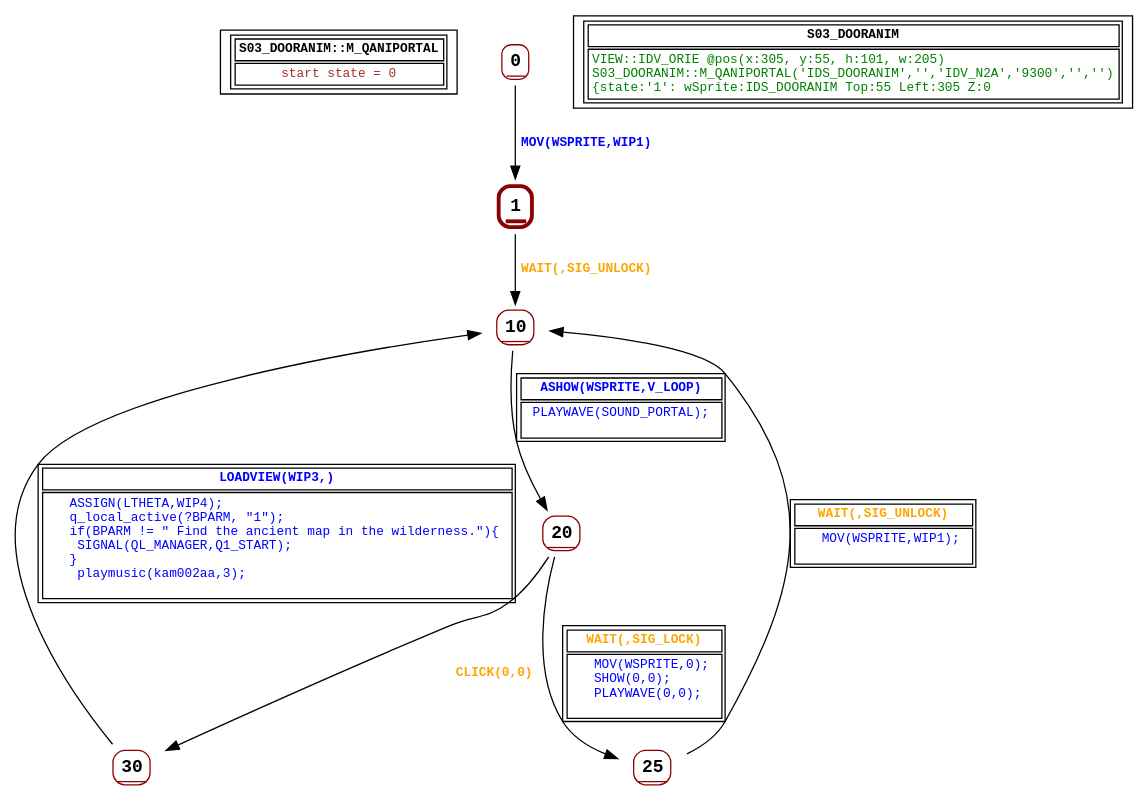
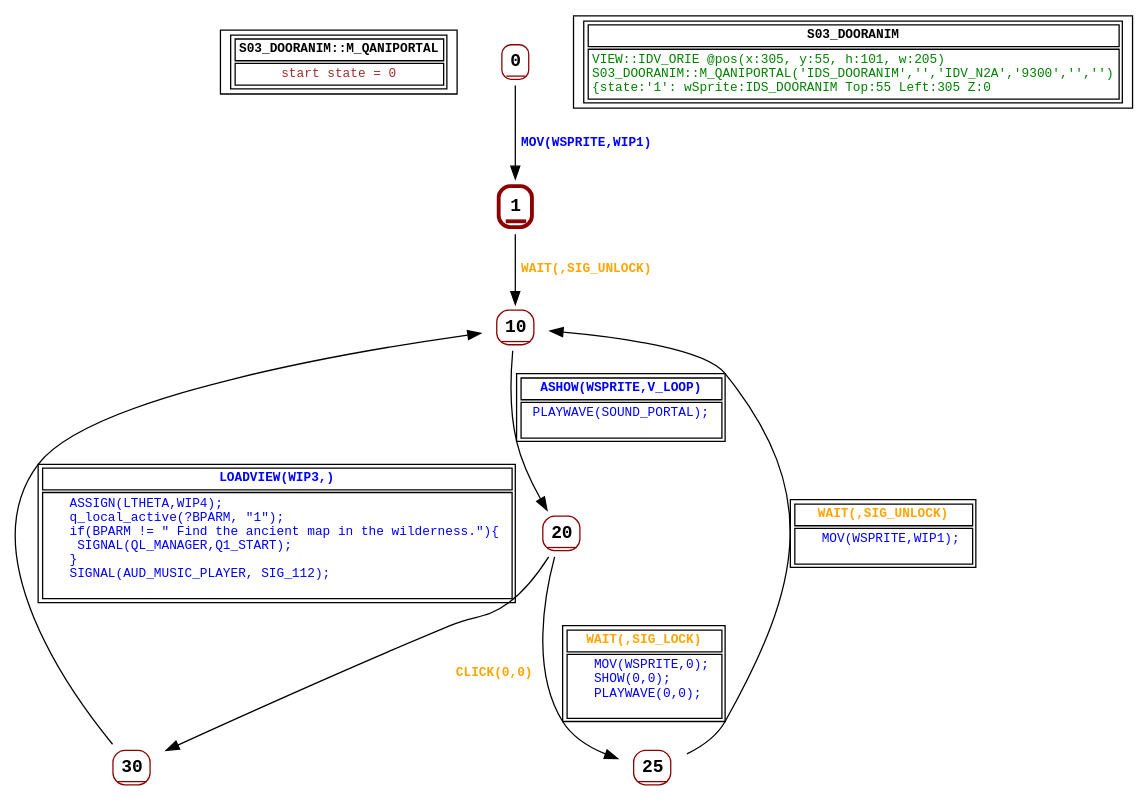
Before and after one commit to guy-stewart/AzariaCD: the diagram in graphs/S03_DOORANIM.dot, drawn with Graphviz. The commit also changed 32 other files, not shown here.

```diff
--- a/graphs/S03_DOORANIM.dot
+++ b/graphs/S03_DOORANIM.dot
@@ -1,43 +1,43 @@
 digraph Automaton {
  fontname="Courier New"
 	node [shape=oval, fontname="Courier New"];
 	filename[shape = record, fontsize=10, label=< <table border="1"><tr><td><b>S03_DOORANIM::M_QANIPORTAL<br align="left"/></b></td></tr>
 <tr><td><font point-size="10" color ="brown">start state = 0<br align="left"/></font></td></tr></table>>
 ];
 	0[shape = none, fontsize=14, label=< <table border="1" color="darkred" style="rounded"><tr><td sides="b"><b>0<br align="left"/></b></td></tr>
 </table>>];
 "0" -> "1" [fontcolor=blue,fontsize=10,fontname="Courier New", label=< <table border="0"><tr><td><b>MOV(WSPRITE,WIP1)<br align="left"/></b></td></tr>
 </table>>
 ];
 	1[shape = none, fontsize=14, label=< <table border="3" color="darkred" style="rounded"><tr><td sides="b"><b>1<br align="left"/></b></td></tr>
 </table>>];
 "1" -> "10" [fontcolor=orange,fontsize=10,fontname="Courier New", label=< <table border="0"><tr><td><b>WAIT(,SIG_UNLOCK)<br align="left"/></b></td></tr>
 </table>>
 ];
 	10[shape = none, fontsize=14, label=< <table border="1" color="darkred" style="rounded"><tr><td sides="b"><b>10<br align="left"/></b></td></tr>
 </table>>];
 "10" -> "20" [fontcolor=blue,fontsize=10,fontname="Courier New", label=< <table border="1"><tr><td><b>ASHOW(WSPRITE,V_LOOP)<br align="left"/></b></td></tr>
 <tr><td><font point-size="10" color ="blue">  PLAYWAVE(SOUND_PORTAL);<br align="left"/> <br align="left"/></font></td></tr></table>>
 ];
 	20[shape = none, fontsize=14, label=< <table border="1" color="darkred" style="rounded"><tr><td sides="b"><b>20<br align="left"/></b></td></tr>
 </table>>];
 "20" -> "30" [fontcolor=orange,fontsize=10,fontname="Courier New", label=< <table border="0"><tr><td><b>CLICK(0,0)<br align="left"/></b></td></tr>
 </table>>
 ];
 "20" -> "25" [fontcolor=orange,fontsize=10,fontname="Courier New", label=< <table border="1"><tr><td><b>WAIT(,SIG_LOCK)<br align="left"/></b></td></tr>
 <tr><td><font point-size="10" color ="blue">    MOV(WSPRITE,0);<br align="left"/>    SHOW(0,0);<br align="left"/>    PLAYWAVE(0,0);<br align="left"/> <br align="left"/></font></td></tr></table>>
 ];
 	25[shape = none, fontsize=14, label=< <table border="1" color="darkred" style="rounded"><tr><td sides="b"><b>25<br align="left"/></b></td></tr>
 </table>>];
 "25" -> "10" [fontcolor=orange,fontsize=10,fontname="Courier New", label=< <table border="1"><tr><td><b>WAIT(,SIG_UNLOCK)<br align="left"/></b></td></tr>
 <tr><td><font point-size="10" color ="blue">    MOV(WSPRITE,WIP1);<br align="left"/> <br align="left"/></font></td></tr></table>>
 ];
 	30[shape = none, fontsize=14, label=< <table border="1" color="darkred" style="rounded"><tr><td sides="b"><b>30<br align="left"/></b></td></tr>
 </table>>];
 "30" -> "10" [fontcolor=blue,fontsize=10,fontname="Courier New", label=< <table border="1"><tr><td><b>LOADVIEW(WIP3,)<br align="left"/></b></td></tr>
-<tr><td><font point-size="10" color ="blue">    ASSIGN(LTHETA,WIP4);<br align="left"/>    q_local_active(?BPARM, &quot;1&quot;);<br align="left"/>    if(BPARM != &quot; Find the ancient map in the wilderness.&quot;)&#123;<br align="left"/>     SIGNAL(QL_MANAGER,Q1_START);<br align="left"/>    &#125;<br align="left"/>     playmusic(kam002aa,3);<br align="left"/> <br align="left"/></font></td></tr></table>>
+<tr><td><font point-size="10" color ="blue">    ASSIGN(LTHETA,WIP4);<br align="left"/>    q_local_active(?BPARM, &quot;1&quot;);<br align="left"/>    if(BPARM != &quot; Find the ancient map in the wilderness.&quot;)&#123;<br align="left"/>     SIGNAL(QL_MANAGER,Q1_START);<br align="left"/>    &#125;<br align="left"/>    SIGNAL(AUD_MUSIC_PLAYER, SIG_112);<br align="left"/> <br align="left"/></font></td></tr></table>>
 ];
 	status[shape = record, fontsize=10, label=< <table border="1"><tr><td><b>S03_DOORANIM<br align="left"/></b></td></tr>
 <tr><td><font point-size="10" color ="green">VIEW::IDV_ORIE @pos(x:305, y:55, h:101, w:205)<br align="left"/>S03_DOORANIM::M_QANIPORTAL(&apos;IDS_DOORANIM&apos;,&apos;&apos;,&apos;IDV_N2A&apos;,&apos;9300&apos;,&apos;&apos;,&apos;&apos;)<br align="left"/>			&#123;state:&apos;1&apos;: wSprite:IDS_DOORANIM Top:55 Left:305 Z:0<br align="left"/></font></td></tr></table>>
 ];
 }
```
